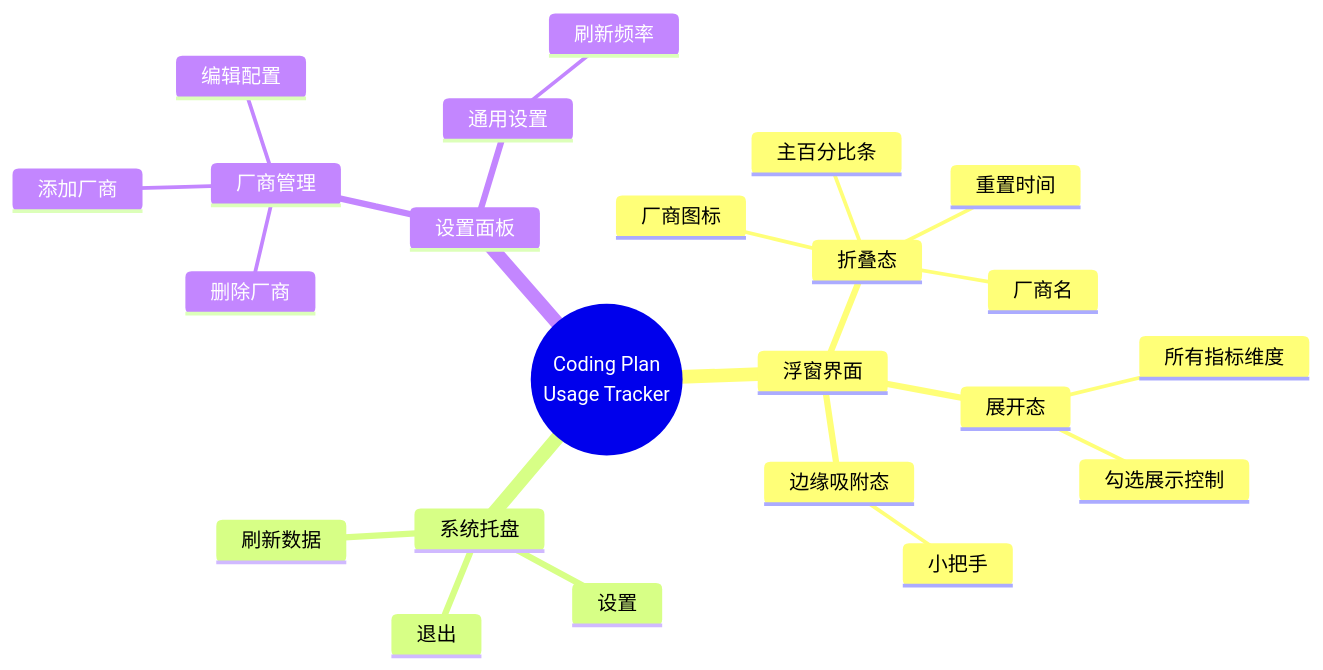
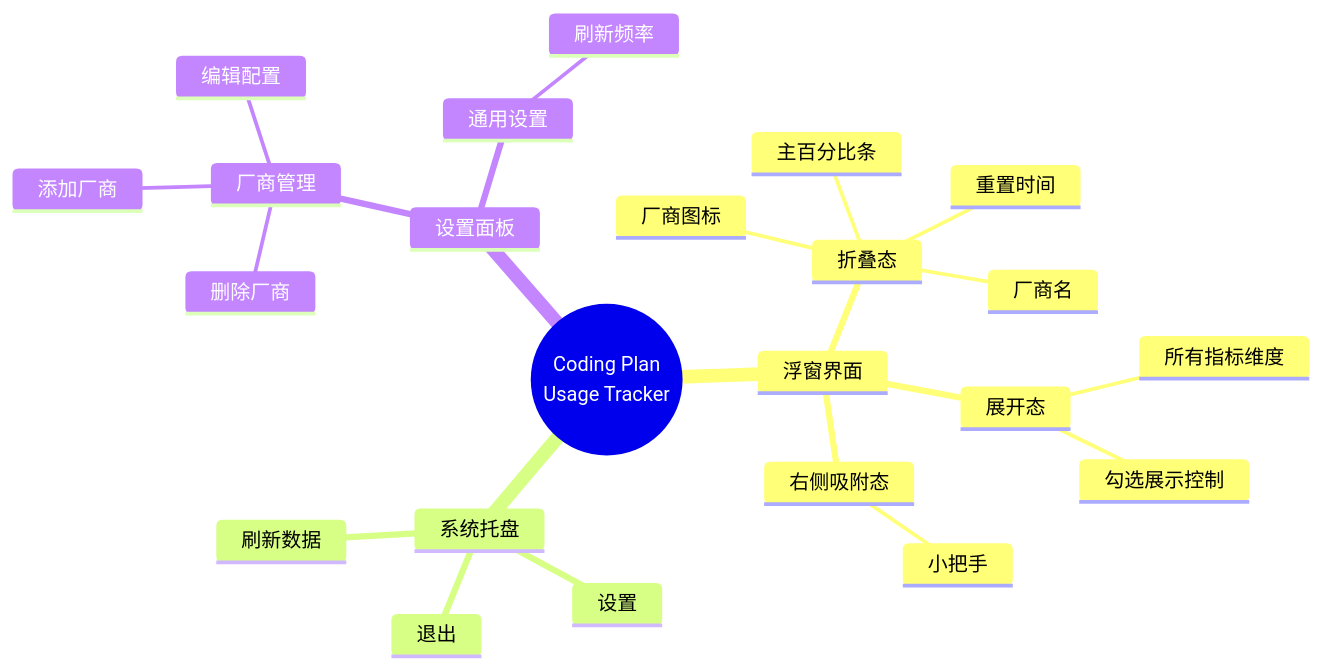
One commit to JJChou000/coding-plan-usage-tracker changed the second of 2 diagrams in docs/PRD.md. Above: the diagram before and after it, drawn with Mermaid. The commit also changed other lines of this file and 13 other files, not shown here.

````diff
--- a/docs/PRD.md
+++ b/docs/PRD.md
@@ -169,26 +169,26 @@
 ```mermaid
 mindmap
   root((Coding Plan<br/>Usage Tracker))
     浮窗界面
       折叠态
         厂商图标
         厂商名
         主百分比条
         重置时间
       展开态
         所有指标维度
         勾选展示控制
-      边缘吸附态
+      右侧吸附态
         小把手
     系统托盘
       刷新数据
       设置
       退出
     设置面板
       厂商管理
         添加厂商
         编辑配置
         删除厂商
       通用设置
         刷新频率
 ```
````
